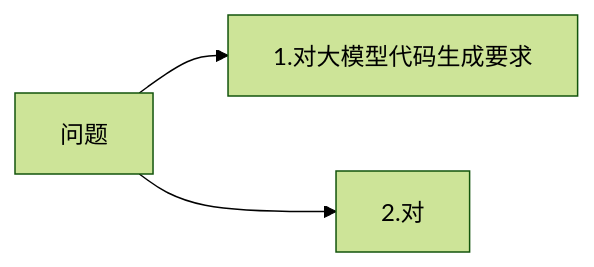
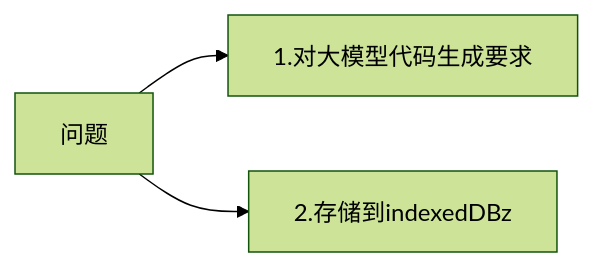
The diagram in all/组件数据存储-1.md (yingjianzh/iodraw-files), drawn with Mermaid (forest theme) before and after one commit.

Commit message:
2025-02-14 10:34:10 update

````diff
--- a/all/组件数据存储-1.md
+++ b/all/组件数据存储-1.md
@@ -1,7 +1,7 @@
 ```mermaid
 flowchart LR
     问题 --> 1.对大模型代码生成要求
-    问题 --> 2.对
+    问题 --> 2.存储到indexedDBz
     
   
 ```
````
